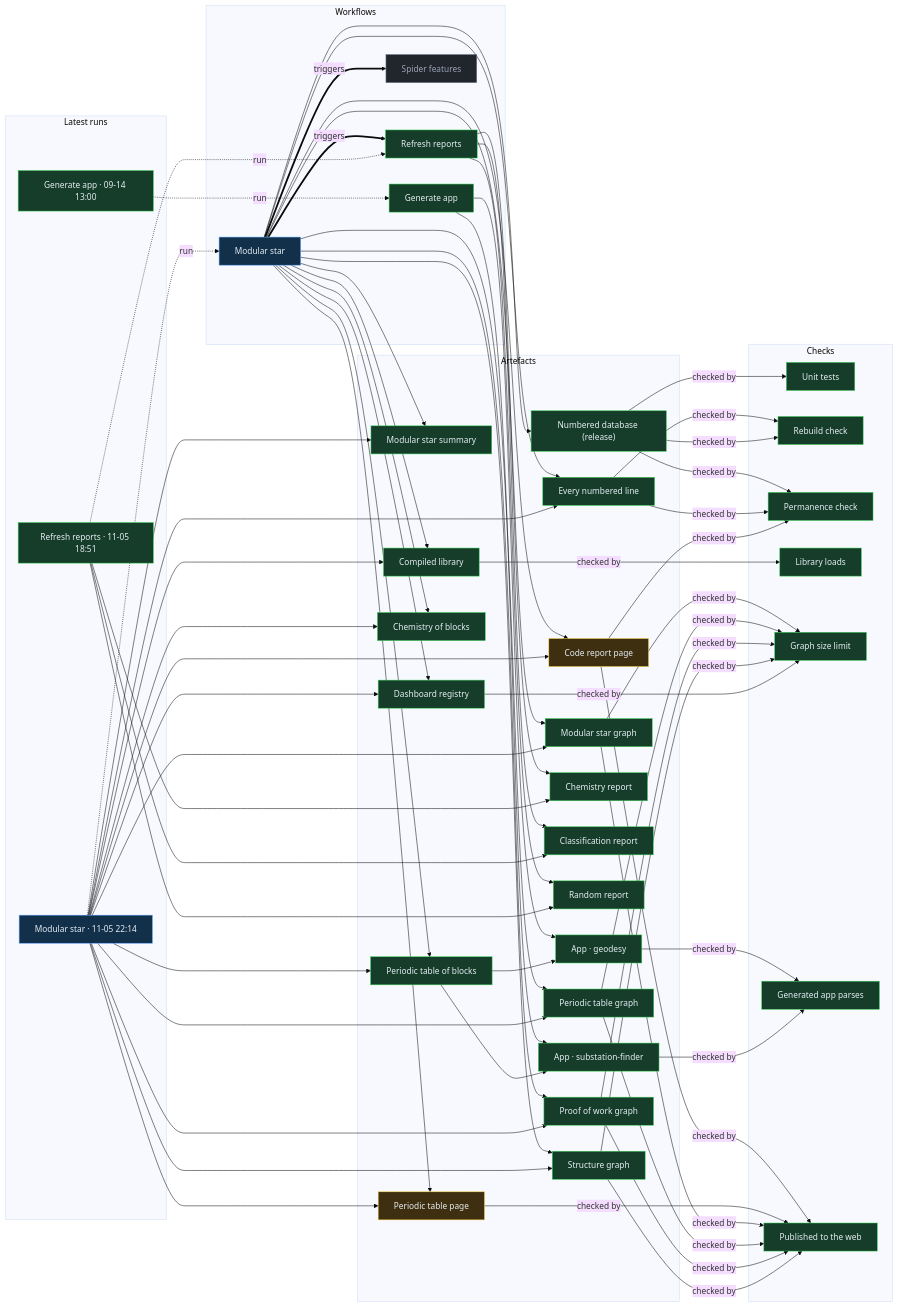
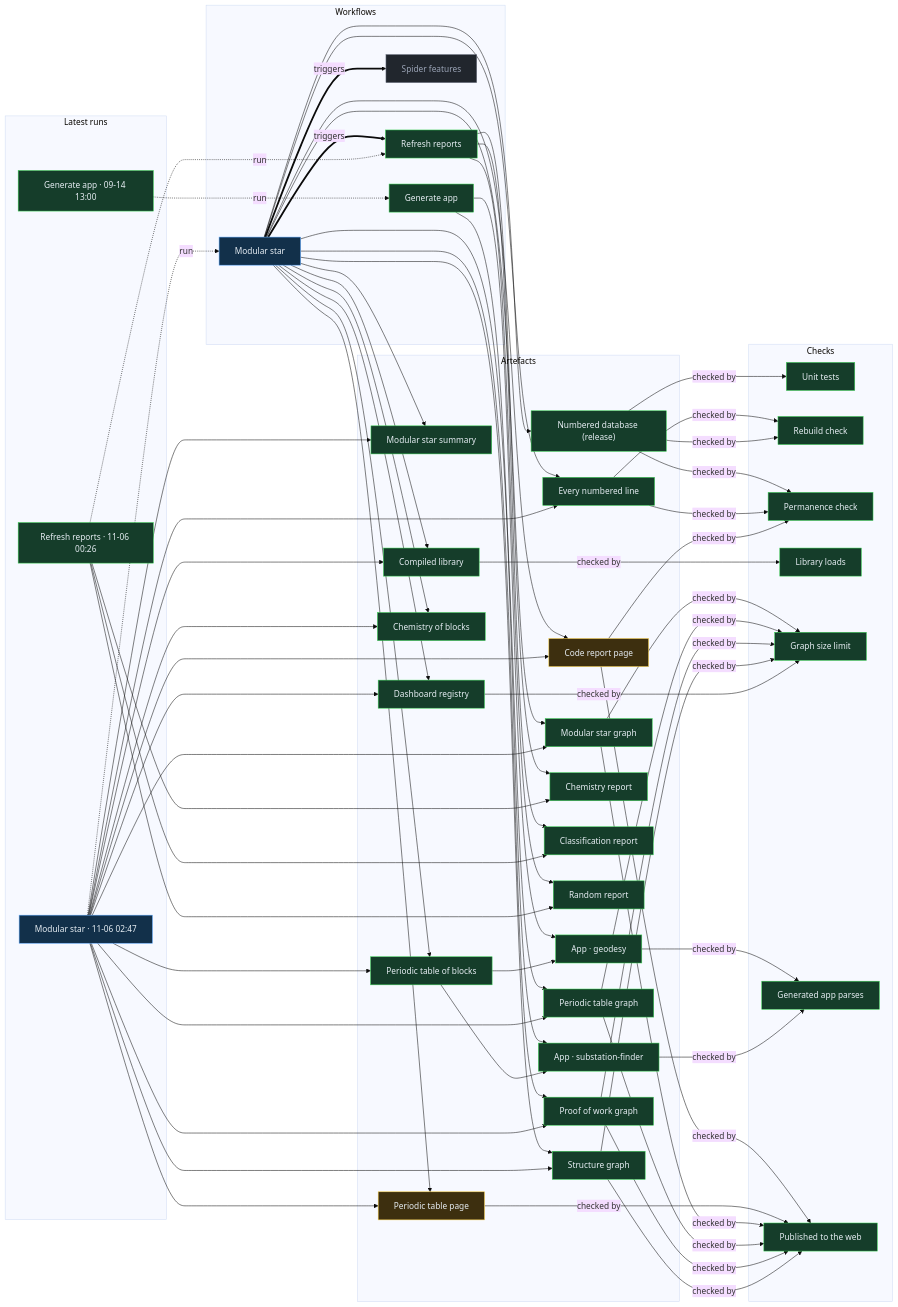
One commit to Ventusltd/stars changed the diagram in proof/PROOF.md. Above: the diagram before and after it, drawn with Mermaid (base theme). The commit also changed other lines of this file and 34 other files, not shown here.

Commit message:
Modular star 2026-11-06T02:49Z

```diff
--- a/proof/PROOF.md
+++ b/proof/PROOF.md
@@ -24,8 +24,8 @@
   n_wf_spider_features["Spider features"]:::off
   end
   subgraph g_runs["Latest runs"]
-  n_run_42119822960["Modular star · 11-05 22:14"]:::live
-  n_run_42088235006["Refresh reports · 11-05 18:51"]:::ok
+  n_run_42152550715["Modular star · 11-06 02:47"]:::live
+  n_run_42136809953["Refresh reports · 11-06 00:26"]:::ok
   n_run_34846587798["Generate app · 09-14 13:00"]:::ok
   end
   subgraph g_artefacts["Artefacts"]
@@ -59,39 +59,39 @@
   end
   n_wf_modular_star == triggers ==> n_wf_refresh
   n_wf_modular_star == triggers ==> n_wf_spider_features
-  n_run_42119822960 -. run .-> n_wf_modular_star
-  n_run_42088235006 -. run .-> n_wf_refresh
+  n_run_42152550715 -. run .-> n_wf_modular_star
+  n_run_42136809953 -. run .-> n_wf_refresh
   n_run_34846587798 -. run .-> n_wf_generate
   n_wf_modular_star --> n_art_summary
-  n_run_42119822960 --> n_art_summary
+  n_run_42152550715 --> n_art_summary
   n_wf_modular_star --> n_art_lines
-  n_run_42119822960 --> n_art_lines
+  n_run_42152550715 --> n_art_lines
   n_wf_modular_star --> n_art_code
-  n_run_42119822960 --> n_art_code
+  n_run_42152550715 --> n_art_code
   n_wf_modular_star --> n_art_modular_graph
-  n_run_42119822960 --> n_art_modular_graph
+  n_run_42152550715 --> n_art_modular_graph
   n_wf_modular_star --> n_art_blocks
-  n_run_42119822960 --> n_art_blocks
+  n_run_42152550715 --> n_art_blocks
   n_wf_modular_star --> n_art_table
-  n_run_42119822960 --> n_art_table
+  n_run_42152550715 --> n_art_table
   n_wf_modular_star --> n_art_blocks_graph
-  n_run_42119822960 --> n_art_blocks_graph
+  n_run_42152550715 --> n_art_blocks_graph
   n_wf_modular_star --> n_art_reactions
-  n_run_42119822960 --> n_art_reactions
+  n_run_42152550715 --> n_art_reactions
   n_wf_modular_star --> n_art_library
-  n_run_42119822960 --> n_art_library
+  n_run_42152550715 --> n_art_library
   n_wf_modular_star --> n_art_features
-  n_run_42119822960 --> n_art_features
+  n_run_42152550715 --> n_art_features
   n_wf_modular_star --> n_art_proof
-  n_run_42119822960 --> n_art_proof
+  n_run_42152550715 --> n_art_proof
   n_wf_modular_star --> n_art_structure
-  n_run_42119822960 --> n_art_structure
+  n_run_42152550715 --> n_art_structure
   n_wf_refresh --> n_art_chemistry
-  n_run_42088235006 --> n_art_chemistry
+  n_run_42136809953 --> n_art_chemistry
   n_wf_refresh --> n_art_vedic
-  n_run_42088235006 --> n_art_vedic
+  n_run_42136809953 --> n_art_vedic
   n_wf_refresh --> n_art_random
-  n_run_42088235006 --> n_art_random
+  n_run_42136809953 --> n_art_random
   n_wf_modular_star --> n_art_release
   n_wf_generate --> n_app_geodesy
   n_art_blocks --> n_app_geodesy
```
